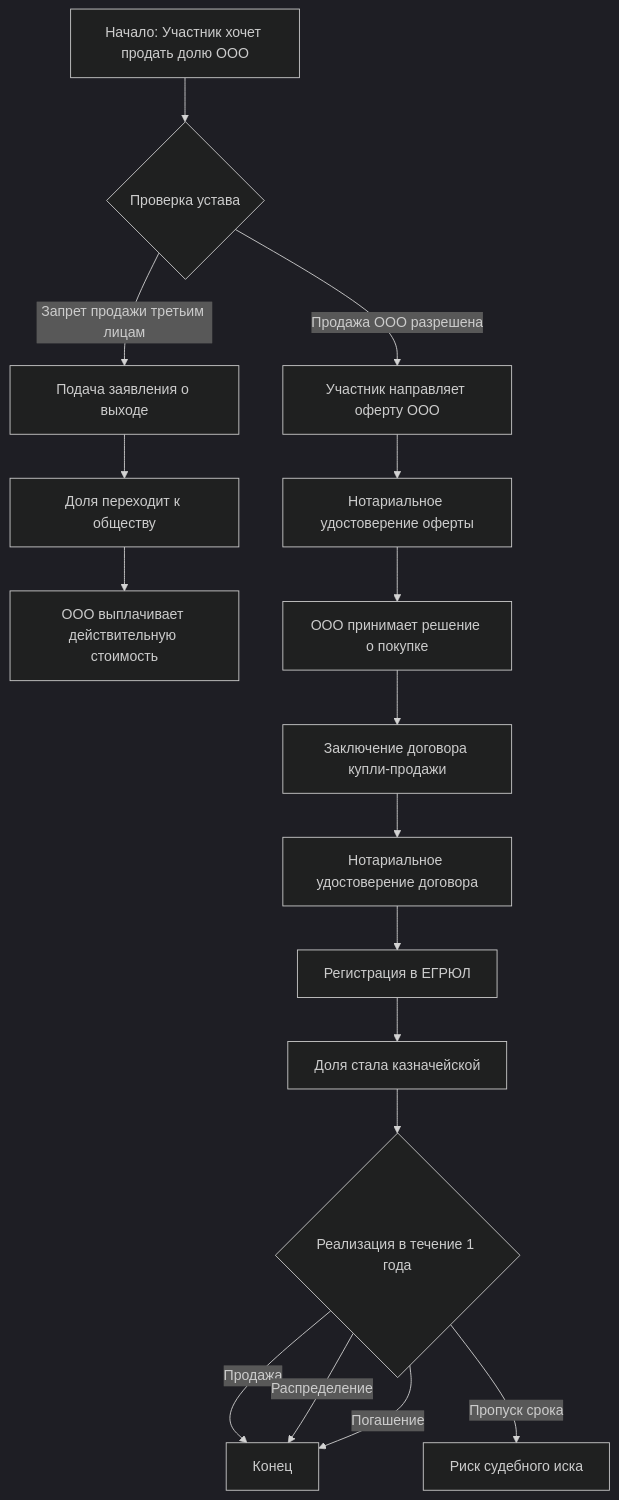
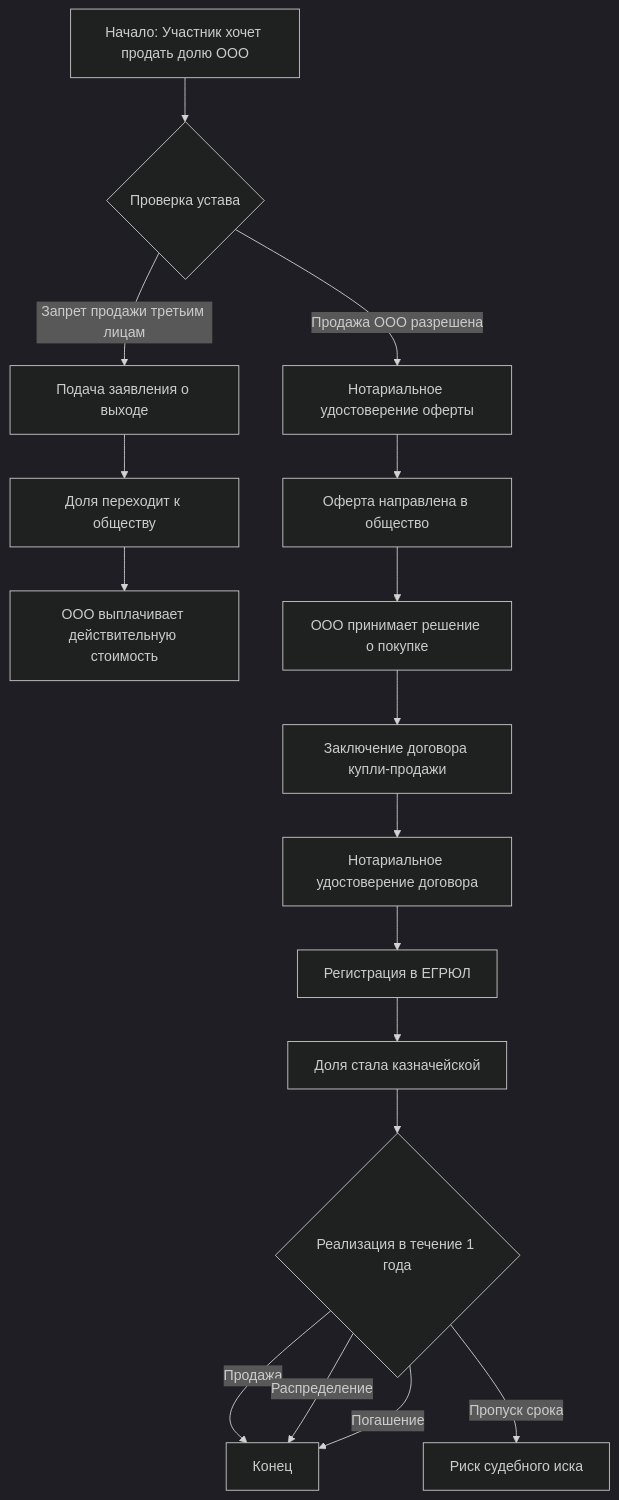
The first of 4 diagrams in docs/business-processes/llc-share-purchase-sale.md (arsenyuk/SamorodinkaTech.Fiducia), drawn with Mermaid (dark theme) before and after one commit. The commit also changed other lines of this file and 1 other file, not shown here.

Commit message:
docs(llc): исправить порядок нотариального удостоверения в схемах; сделать ссылки в README кликабельными

````diff
--- a/docs/business-processes/llc-share-purchase-sale.md
+++ b/docs/business-processes/llc-share-purchase-sale.md
@@ -119,19 +119,19 @@
 ```mermaid
 flowchart TD
     A["Начало: Участник хочет продать долю ООО"] --> B{Проверка устава}
     B -->|"Запрет продажи третьим лицам"| C["Подача заявления о выходе"]
     C --> D["Доля переходит к обществу"]
     D --> E["ООО выплачивает действительную стоимость"]
-    B -->|"Продажа ООО разрешена"| F["Участник направляет оферту ООО"]
-    F --> G["Нотариальное удостоверение оферты"]
+    B -->|"Продажа ООО разрешена"| F["Нотариальное удостоверение оферты"]
+    F --> G["Оферта направлена в общество"]
     G --> H["ООО принимает решение о покупке"]
     H --> I["Заключение договора купли-продажи"]
     I --> J["Нотариальное удостоверение договора"]
     J --> K["Регистрация в ЕГРЮЛ"]
     K --> L["Доля стала казначейской"]
     L --> M{Реализация в течение 1 года}
     M -->|Продажа| N["Конец"]
     M -->|Распределение| N
     M -->|Погашение| N
     M -->|"Пропуск срока"| O["Риск судебного иска"]
 ```
````
